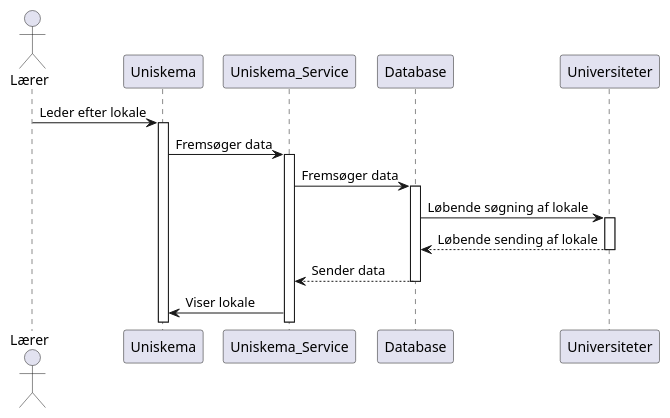
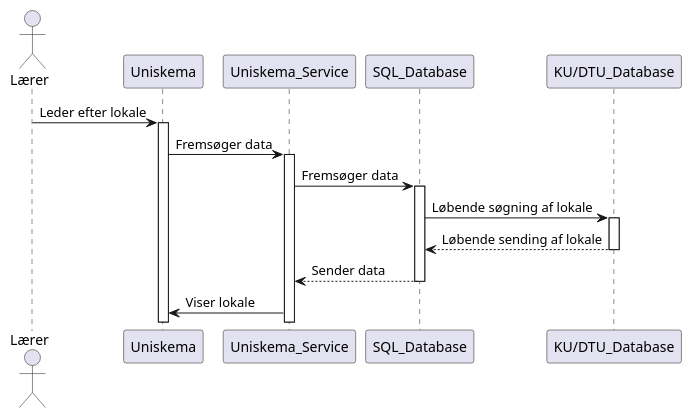
Before and after one commit to MadsSchroder/Systemudvikling-Eksamen-KU: the diagram in Diagrams/AD - SD1.puml, drawn with PlantUML. The commit also changed 1 other file, not shown here.

```diff
--- a/Diagrams/AD - SD1.puml
+++ b/Diagrams/AD - SD1.puml
@@ -1,15 +1,15 @@
 @startuml
 
 Actor Lærer
 Lærer -> Uniskema: Leder efter lokale
 Activate Uniskema
 Uniskema -> Uniskema_Service: Fremsøger data
 Activate Uniskema_Service
-Uniskema_Service -> Database: Fremsøger data
-Activate Database
-Database -> Universiteter: Løbende søgning af lokale
-Activate Universiteter
+Uniskema_Service -> SQL_Database: Fremsøger data
+Activate SQL_Database
+SQL_Database -> "KU/DTU_Database": Løbende søgning af lokale
+Activate "KU/DTU_Database"
 Return Løbende sending af lokale
 Return Sender data
 Uniskema <- Uniskema_Service: Viser lokale
 @enduml
```
